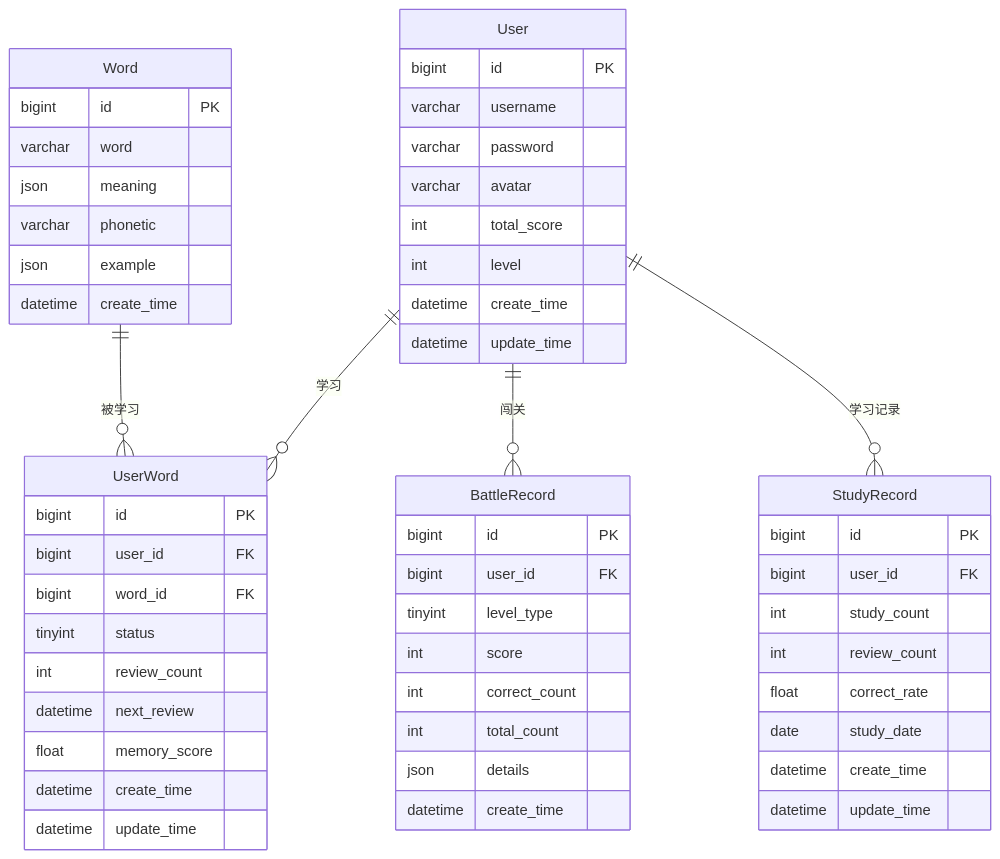
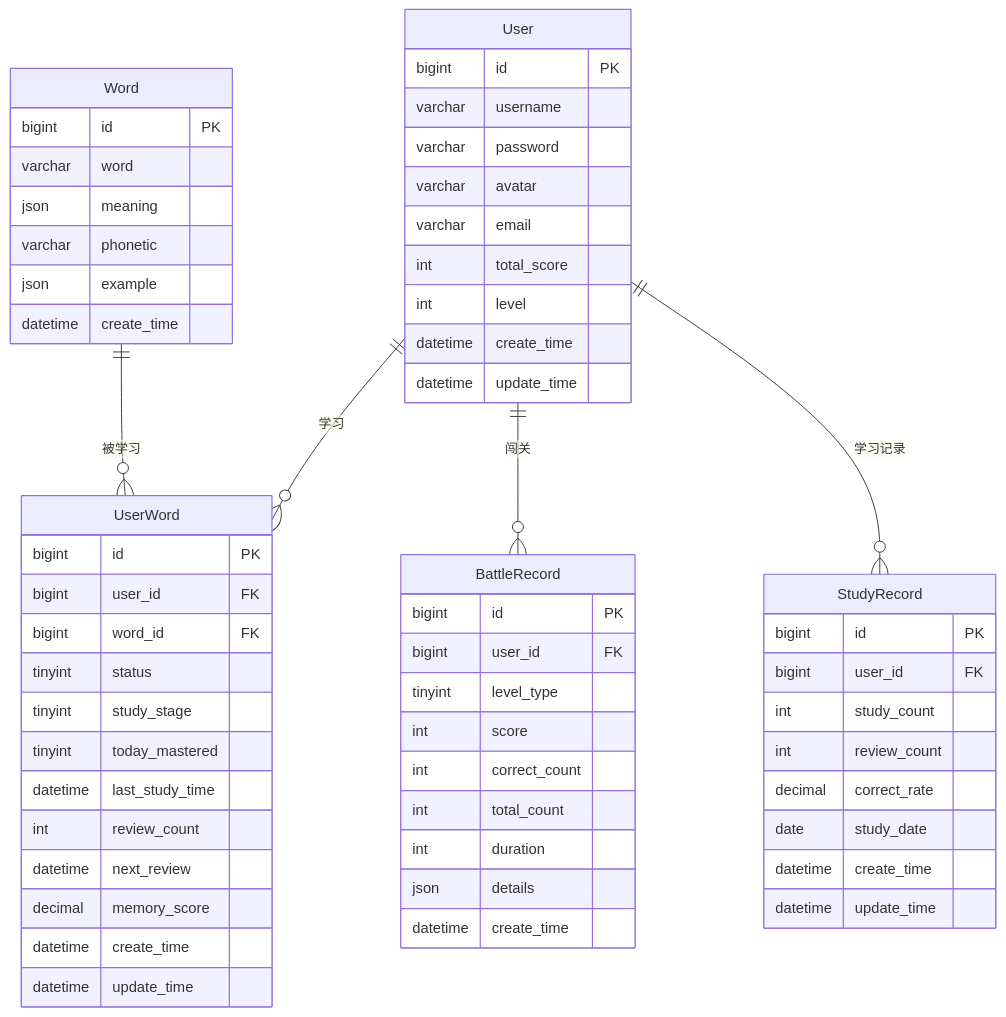
One commit to xi1xi1/Words changed the diagram in docs/database.md. Above: the diagram before and after it, drawn with Mermaid. The commit also changed other lines of this file and 2 other files, not shown here.

````diff
--- a/docs/database.md
+++ b/docs/database.md
@@ -46,61 +56,66 @@
 ```mermaid
 erDiagram
     User ||--o{ UserWord : 学习
     Word ||--o{ UserWord : 被学习
     User ||--o{ BattleRecord : 闯关
     User ||--o{ StudyRecord : 学习记录
     
     User {
         bigint id PK
         varchar username
         varchar password
         varchar avatar
+        varchar email
         int total_score
         int level
         datetime create_time
         datetime update_time
     }
     
     Word {
         bigint id PK
         varchar word
         json meaning
         varchar phonetic
         json example
         datetime create_time
     }
     
     UserWord {
         bigint id PK
         bigint user_id FK
         bigint word_id FK
         tinyint status
+        tinyint study_stage
+        tinyint today_mastered
+        datetime last_study_time
         int review_count
         datetime next_review
-        float memory_score
+        decimal memory_score
         datetime create_time
         datetime update_time
     }
     
     BattleRecord {
         bigint id PK
         bigint user_id FK
         tinyint level_type
         int score
         int correct_count
         int total_count
+        int duration
         json details
         datetime create_time
     }
     
     StudyRecord {
         bigint id PK
         bigint user_id FK
         int study_count
         int review_count
-        float correct_rate
+        decimal correct_rate
         date study_date
         datetime create_time
         datetime update_time
     }
 ```
````
